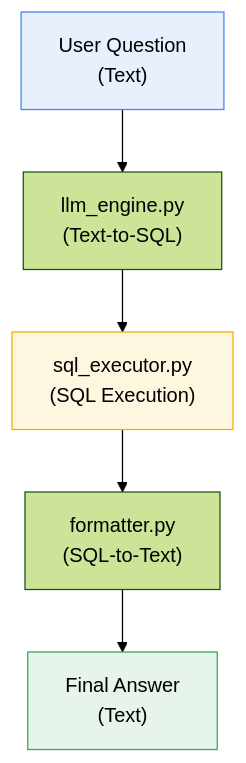
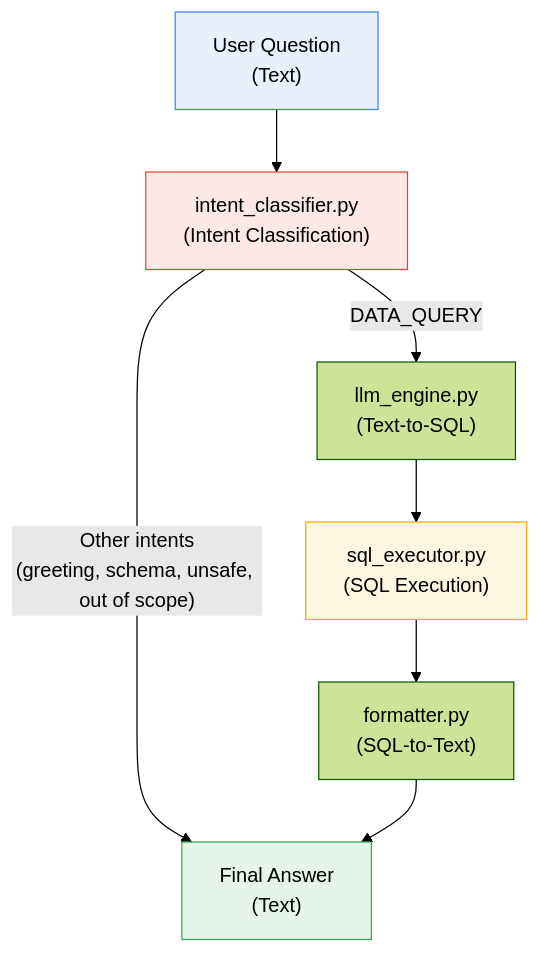
The diagram in README.md (chadamaly/DATA-QA-AGENT), drawn with Mermaid (forest theme) before and after one commit. The commit also changed other lines of this file, not shown here.

Commit message:
Enhance README with intent classification and architecture
Updated the architecture section to include intent classification and improved flowchart details.

````diff
--- a/README.md
+++ b/README.md
@@ -21,11 +23,15 @@
 ```mermaid
 flowchart TD
-    A["User Question<br/>(Text)"] --> B["llm_engine.py<br/>(Text-to-SQL)"]
-    B --> C["sql_executor.py<br/>(SQL Execution)"]
-    C --> D["formatter.py<br/>(SQL-to-Text)"]
-    D --> E["Final Answer<br/>(Text)"]
+    A["User Question<br/>(Text)"] --> B["intent_classifier.py<br/>(Intent Classification)"]
+    B -->|DATA_QUERY| C["llm_engine.py<br/>(Text-to-SQL)"]
+    B -->|"Other intents<br/>(greeting, schema, unsafe, out of scope)"| F
+    C --> D["sql_executor.py<br/>(SQL Execution)"]
+    D --> E["formatter.py<br/>(SQL-to-Text)"]
+    E --> F["Final Answer<br/>(Text)"]
 
     style A fill:#e8f0fe,stroke:#4285f4
-    style E fill:#e6f4ea,stroke:#34a853
-    style C fill:#fef7e0,stroke:#f9ab00
+    style F fill:#e6f4ea,stroke:#34a853
+    style D fill:#fef7e0,stroke:#f9ab00
+    style B fill:#fce8e6,stroke:#ea4335
+
 ```
````
